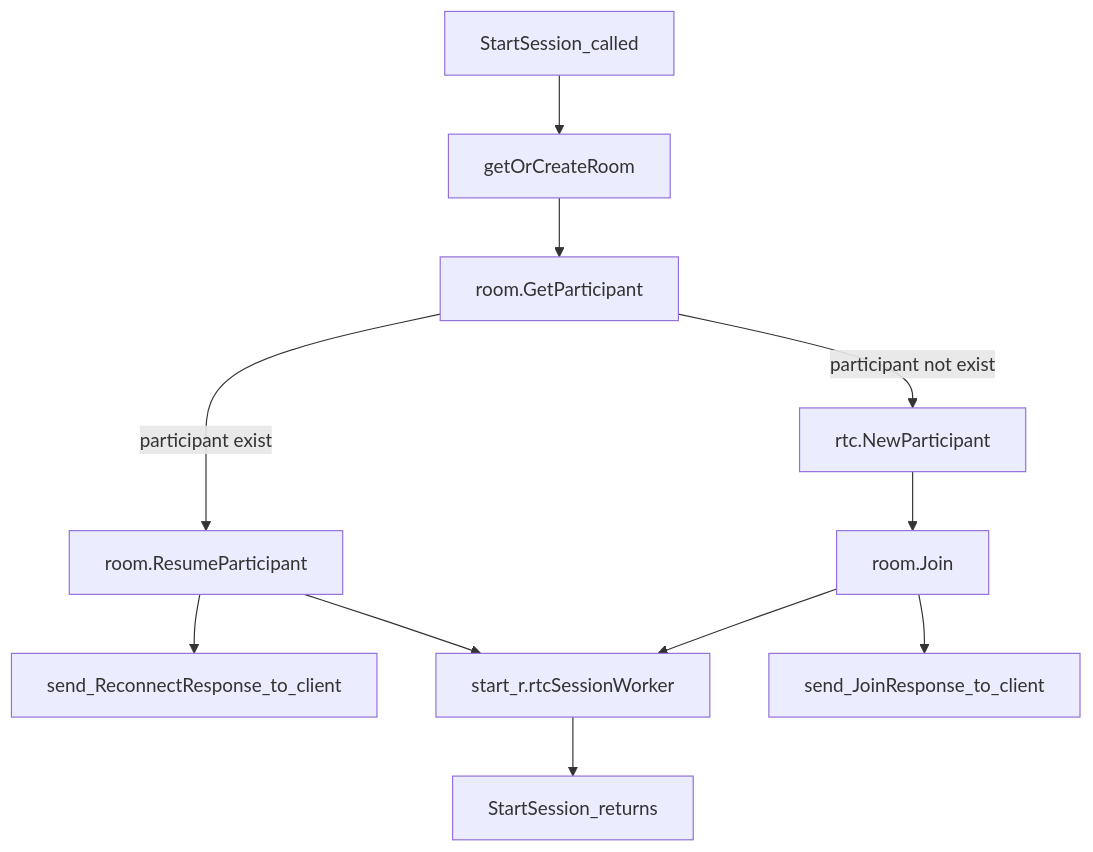
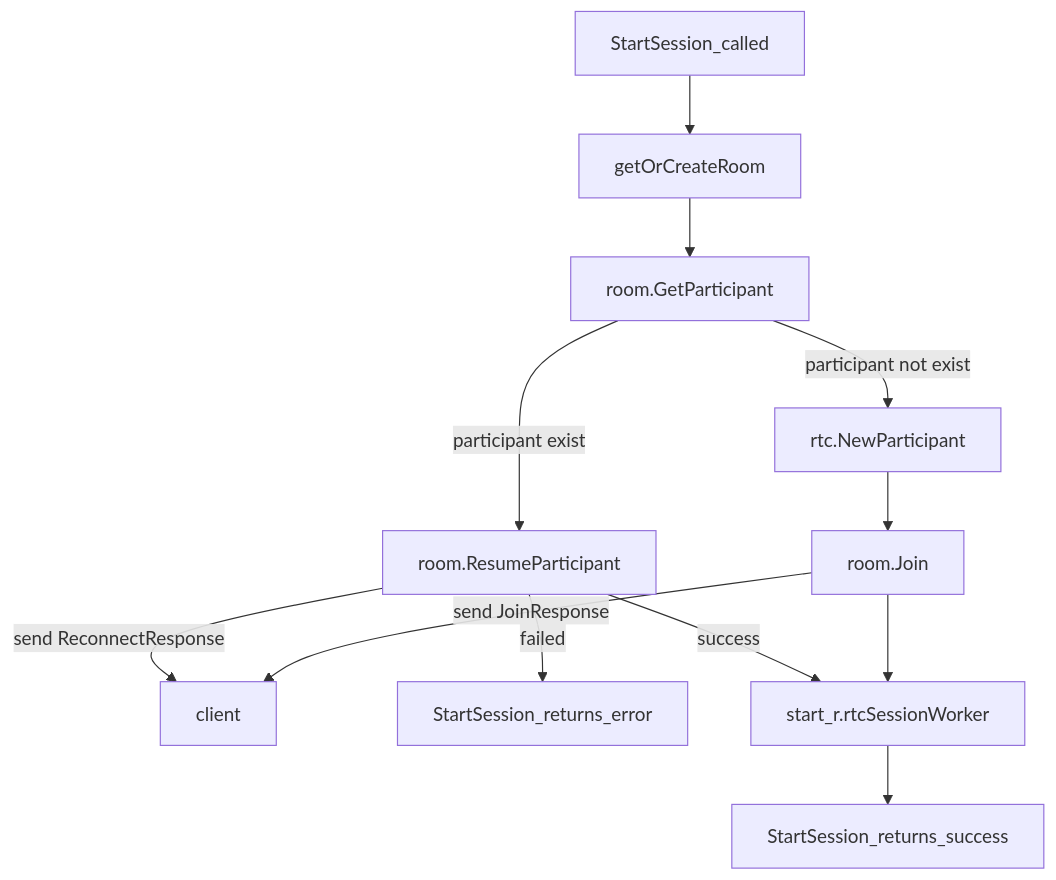
The second of 3 diagrams in Participant_Join_Room.md (DanGiant/live-code-notes), drawn with Mermaid before and after one commit. The commit also changed other lines of this file, not shown here.

Commit message:
update participant's room joining procedure.

````diff
--- a/Participant_Join_Room.md
+++ b/Participant_Join_Room.md
@@ -62,18 +55,18 @@
 ```mermaid
 graph TB
     StartSession_called-->getOrCreateRoom-->room.GetParticipant
     
     room.GetParticipant--participant exist-->room.ResumeParticipant
     
-    room.ResumeParticipant-->send_ReconnectResponse_to_client
-    room.ResumeParticipant-->start_r.rtcSessionWorker
+    room.ResumeParticipant--send ReconnectResponse-->client
+    
+    room.ResumeParticipant--failed-->StartSession_returns_error
+    room.ResumeParticipant--success-->start_r.rtcSessionWorker
 
     room.GetParticipant--participant not exist-->rtc.NewParticipant
 
     rtc.NewParticipant-->room.Join
     
-    room.Join-->start_r.rtcSessionWorker-->StartSession_returns
-    room.Join-->send_JoinResponse_to_client
-
-
+    room.Join-->start_r.rtcSessionWorker-->StartSession_returns_success
+    room.Join--send JoinResponse-->client
 ```
````
